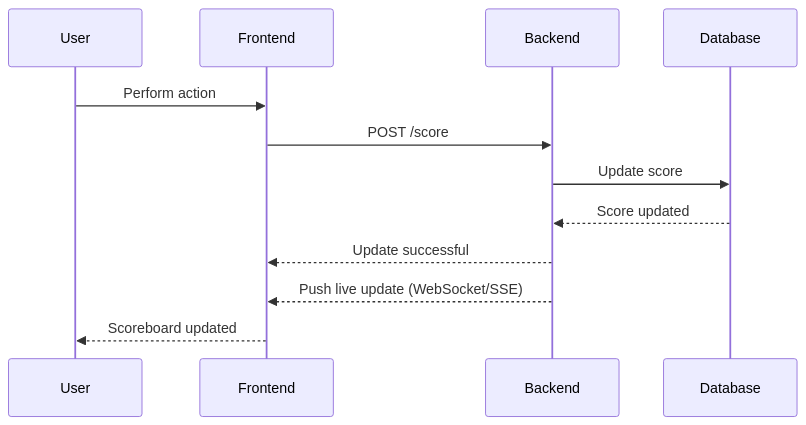
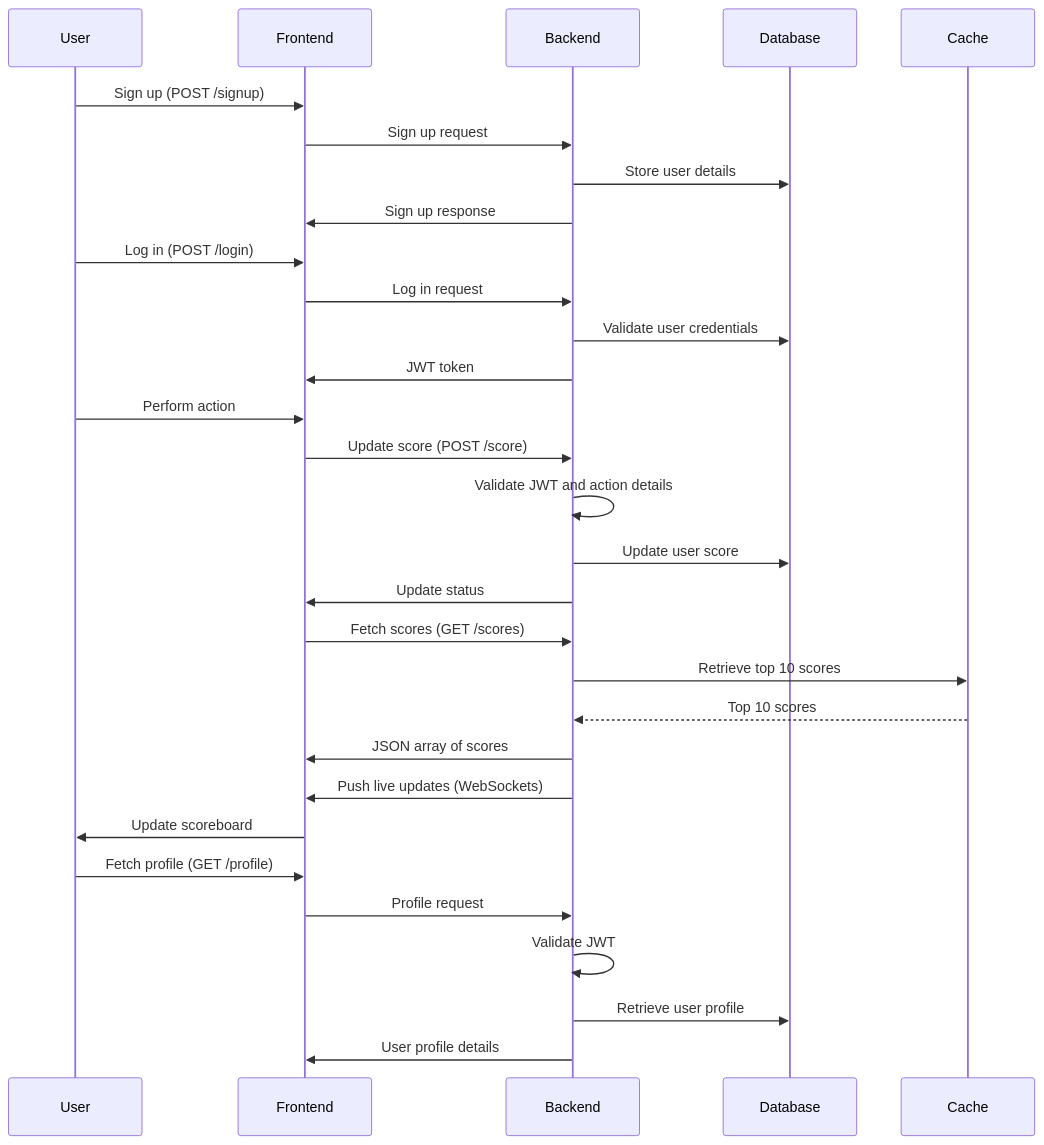
One commit to subhojit-ghosh/99techteam-code-challenge changed the diagram in src/problem6/readme.md. Above: the diagram before and after it, drawn with Mermaid. The commit also changed other lines of this file, not shown here.

Commit message:
update Problem 6 API service specification; add user authentication, score update process, and real-time updates

````diff
--- a/src/problem6/readme.md
+++ b/src/problem6/readme.md
@@ -55,15 +110,38 @@
 ```mermaid
 sequenceDiagram
-     participant User
-     participant Frontend
-     participant Backend
-     participant Database
+    participant User
+    participant Frontend
+    participant Backend
+    participant Database
+    participant Cache
 
-     User->>Frontend: Perform action
-     Frontend->>Backend: POST /score
-     Backend->>Database: Update score
-     Database-->>Backend: Score updated
-     Backend-->>Frontend: Update successful
-     Backend-->>Frontend: Push live update (WebSocket/SSE)
-     Frontend-->>User: Scoreboard updated
+    User->>Frontend: Sign up (POST /signup)
+    Frontend->>Backend: Sign up request
+    Backend->>Database: Store user details
+    Backend->>Frontend: Sign up response
+
+    User->>Frontend: Log in (POST /login)
+    Frontend->>Backend: Log in request
+    Backend->>Database: Validate user credentials
+    Backend->>Frontend: JWT token
+
+    User->>Frontend: Perform action
+    Frontend->>Backend: Update score (POST /score)
+    Backend->>Backend: Validate JWT and action details
+    Backend->>Database: Update user score
+    Backend->>Frontend: Update status
+
+    Frontend->>Backend: Fetch scores (GET /scores)
+    Backend->>Cache: Retrieve top 10 scores
+    Cache-->>Backend: Top 10 scores
+    Backend->>Frontend: JSON array of scores
+
+    Backend->>Frontend: Push live updates (WebSockets)
+    Frontend->>User: Update scoreboard
+
+    User->>Frontend: Fetch profile (GET /profile)
+    Frontend->>Backend: Profile request
+    Backend->>Backend: Validate JWT
+    Backend->>Database: Retrieve user profile
+    Backend->>Frontend: User profile details
 ```
````
